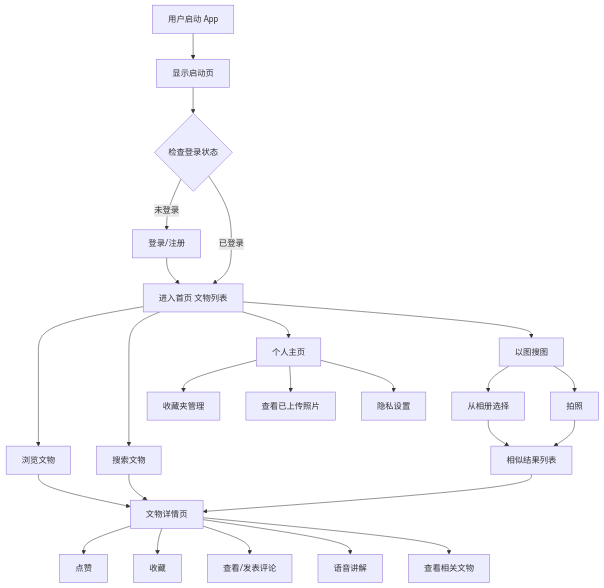
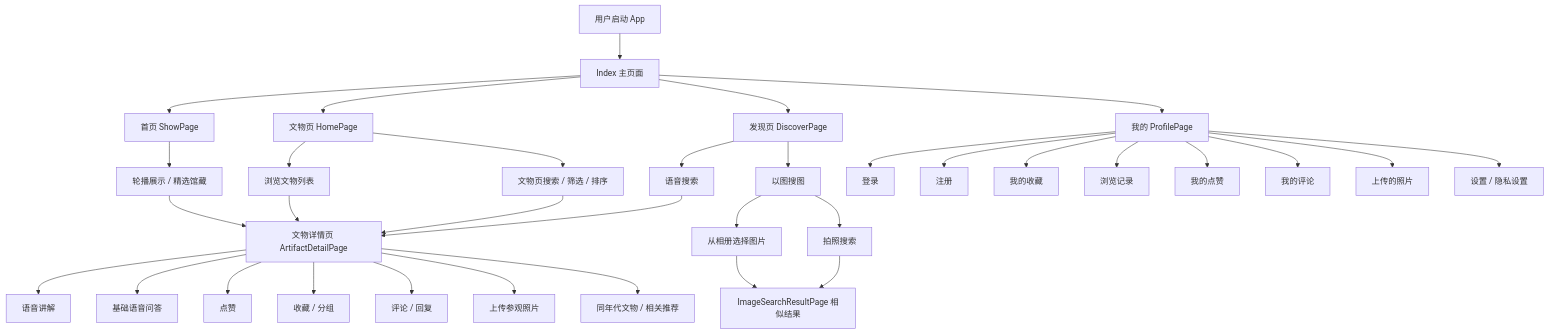
The second of 6 diagrams in Doc/需求规格说明书.md (BUCT-CS2301/PalmMuseum), drawn with Mermaid before and after one commit. The commit also changed other lines of this file, not shown here.

````diff
--- a/Doc/需求规格说明书.md
+++ b/Doc/需求规格说明书.md
@@ -189,34 +202,41 @@
 ```mermaid
 flowchart TD
-    Start[用户启动 App] --> Splash[显示启动页]
-    Splash --> Check{检查登录状态}
-    
-    Check -- 未登录 --> Login[登录/注册]
-    Login --> Home
-    
-    Check -- 已登录 --> Home[进入首页 文物列表]
-    
-    Home --> Browse[浏览文物]
-    Home --> Search[搜索文物]
-    Home --> Image[以图搜图]
-    
-    Browse --> Detail[文物详情页]
+    Start["用户启动 App"] --> Index["Index 主页面"]
+    Index --> Show["首页 ShowPage"]
+    Index --> Relic["文物页 HomePage"]
+    Index --> Discover["发现页 DiscoverPage"]
+    Index --> Profile["我的 ProfilePage"]
+
+    Show --> Showcase["轮播展示 / 精选馆藏"]
+    Showcase --> Detail["文物详情页 ArtifactDetailPage"]
+
+    Relic --> Browse["浏览文物列表"]
+    Relic --> Search["文物页搜索 / 筛选 / 排序"]
+    Browse --> Detail
     Search --> Detail
-    
-    Detail --> Like[点赞]
-    Detail --> Favorite[收藏]
-    Detail --> Comment[查看/发表评论]
-    Detail --> Voice[语音讲解]
-    Detail --> Related[查看相关文物]
-    
-    Image --> Upload[从相册选择]
-    Image --> Camera[拍照]
-    Upload --> Result[相似结果列表]
-    Camera --> Result
-    Result --> Detail
-    
-    Home --> Profile[个人主页]
-    Profile --> Favorites[收藏夹管理]
-    Profile --> Photos[查看已上传照片]
-    Profile --> Settings[隐私设置]
+
+    Discover --> VoiceSearch["语音搜索"]
+    Discover --> ImageSearch["以图搜图"]
+    VoiceSearch --> Detail
+    ImageSearch --> Album["从相册选择图片"]
+    ImageSearch --> Camera["拍照搜索"]
+    Album --> ImageResult["ImageSearchResultPage 相似结果"]
+    Camera --> ImageResult
+
+    Detail --> VoiceGuide["语音讲解"]
+    Detail --> VoiceQA["基础语音问答"]
+    Detail --> Like["点赞"]
+    Detail --> Favorite["收藏 / 分组"]
+    Detail --> Comment["评论 / 回复"]
+    Detail --> Upload["上传参观照片"]
+    Detail --> Related["同年代文物 / 相关推荐"]
+
+    Profile --> Login["登录"]
+    Profile --> Register["注册"]
+    Profile --> MyFavorites["我的收藏"]
+    Profile --> MyHistory["浏览记录"]
+    Profile --> MyLikes["我的点赞"]
+    Profile --> MyComments["我的评论"]
+    Profile --> MyUploads["上传的照片"]
+    Profile --> Settings["设置 / 隐私设置"]
 ```
````
